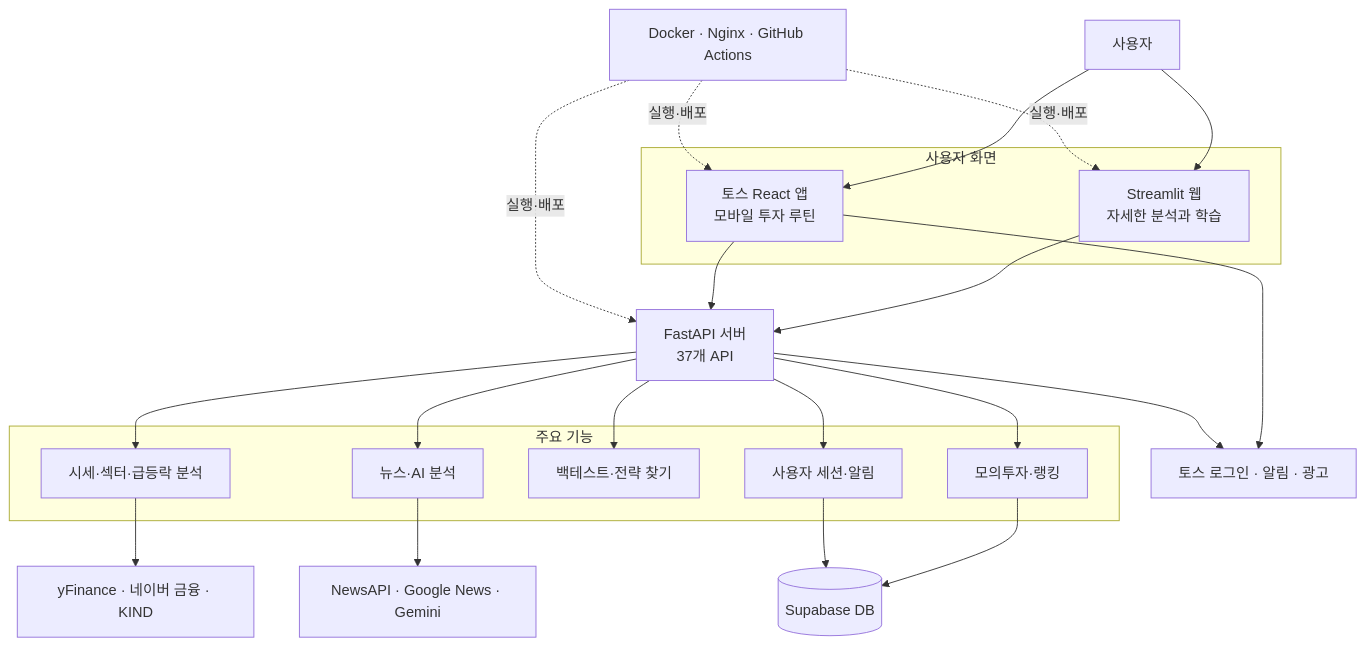
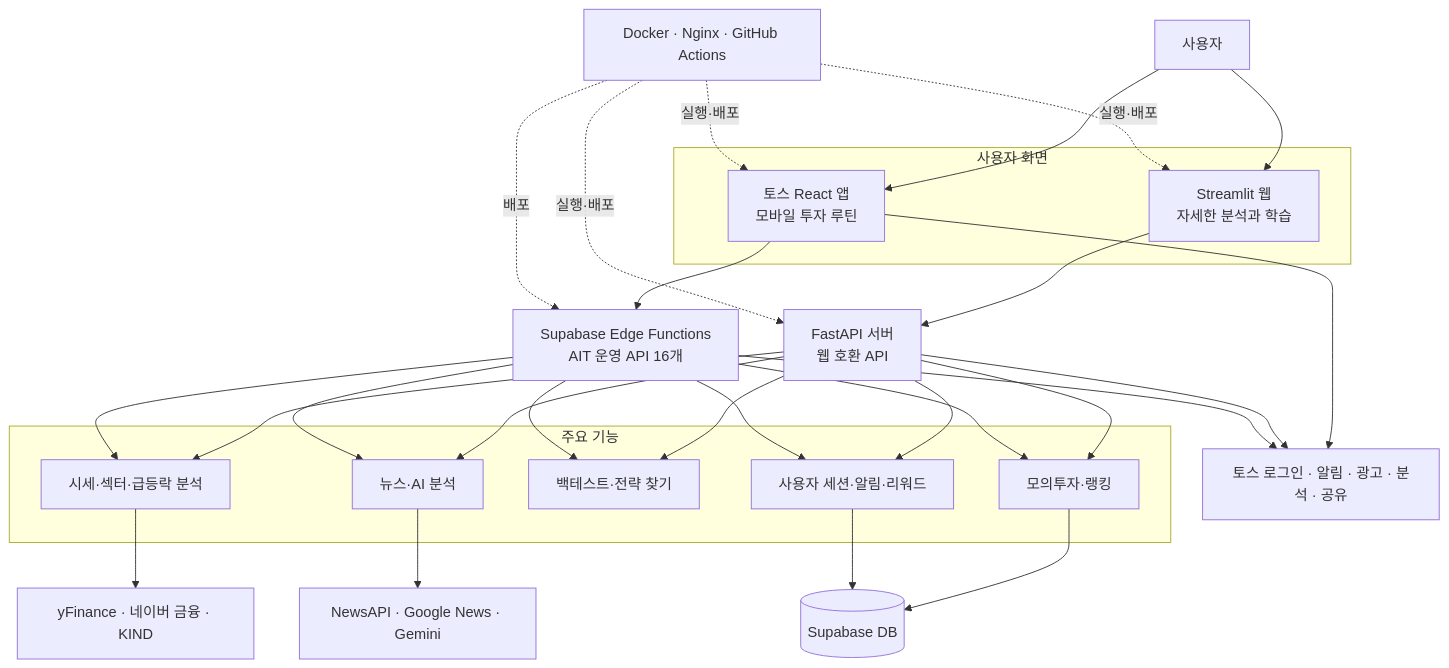
Before and after one commit to airqueueAdmin/quant-trade: the first of 2 diagrams in PORTFOLIO.md, drawn with Mermaid. The commit also changed other lines of this file and 36 other files, not shown here.

Commit message:
feat: migrate AIT backend to Supabase Edge Functions

````diff
--- a/PORTFOLIO.md
+++ b/PORTFOLIO.md
@@ -98,44 +106,52 @@
 ```mermaid
 flowchart TB
     USER["사용자"]
 
     subgraph SCREEN["사용자 화면"]
         WEB["Streamlit 웹<br/>자세한 분석과 학습"]
         MOBILE["토스 React 앱<br/>모바일 투자 루틴"]
     end
 
-    API["FastAPI 서버<br/>37개 API"]
+    WEB_API["FastAPI 서버<br/>웹 호환 API"]
+    EDGE["Supabase Edge Functions<br/>AIT 운영 API 16개"]
 
     subgraph SERVICE["주요 기능"]
         MARKET["시세·섹터·급등락 분석"]
         AI["뉴스·AI 분석"]
         TEST["백테스트·전략 찾기"]
         PAPER["모의투자·랭킹"]
-        SESSION["사용자 세션·알림"]
+        SESSION["사용자 세션·알림·리워드"]
     end
 
     DB[("Supabase DB")]
     STOCK["yFinance · 네이버 금융 · KIND"]
     NEWS["NewsAPI · Google News · Gemini"]
-    TOSS["토스 로그인 · 알림 · 광고"]
+    TOSS["토스 로그인 · 알림 · 광고 · 분석 · 공유"]
     OPS["Docker · Nginx · GitHub Actions"]
 
     USER --> WEB
     USER --> MOBILE
-    WEB --> API
-    MOBILE --> API
-    API --> MARKET
-    API --> AI
-    API --> TEST
-    API --> PAPER
-    API --> SESSION
+    WEB --> WEB_API
+    MOBILE --> EDGE
+    WEB_API --> MARKET
+    WEB_API --> AI
+    WEB_API --> TEST
+    WEB_API --> PAPER
+    WEB_API --> SESSION
+    EDGE --> MARKET
+    EDGE --> AI
+    EDGE --> TEST
+    EDGE --> PAPER
+    EDGE --> SESSION
     MARKET --> STOCK
     AI --> NEWS
     PAPER --> DB
     SESSION --> DB
     MOBILE --> TOSS
-    API --> TOSS
-    OPS -. 실행·배포 .-> API
+    WEB_API --> TOSS
+    EDGE --> TOSS
+    OPS -. 실행·배포 .-> WEB_API
+    OPS -. 배포 .-> EDGE
     OPS -. 실행·배포 .-> WEB
     OPS -. 실행·배포 .-> MOBILE
 ```
````
